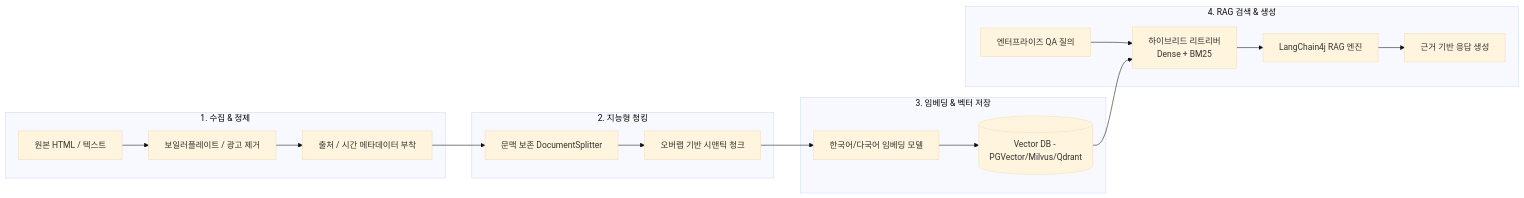
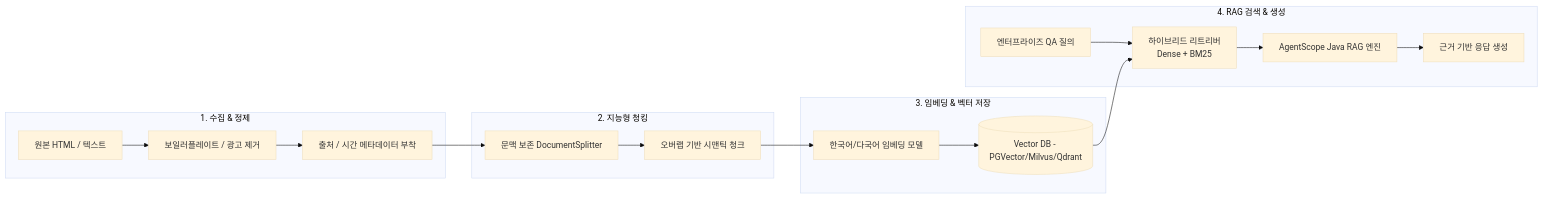
The diagram in ko/synccrawl/rag-knowledge-pipeline.md (DramaticCollaboration/doc.github.io), drawn with Mermaid (base theme) before and after one commit. The commit also changed other lines of this file and 21 other files, not shown here.

````diff
--- a/ko/synccrawl/rag-knowledge-pipeline.md
+++ b/ko/synccrawl/rag-knowledge-pipeline.md
@@ -15,24 +15,24 @@
 ```mermaid
 graph LR
     subgraph "1. 수집 & 정제"
         RAW[원본 HTML / 텍스트] --> CLEAN[보일러플레이트 / 광고 제거]
         CLEAN --> META[출처 / 시간 메타데이터 부착]
     end
 
     subgraph "2. 지능형 청킹"
         META --> SPLIT[문맥 보존 DocumentSplitter]
         SPLIT --> OVERLAP[오버랩 기반 시맨틱 청크]
     end
 
     subgraph "3. 임베딩 & 벡터 저장"
         OVERLAP --> EMB[한국어/다국어 임베딩 모델]
         EMB --> VDB[(Vector DB - PGVector/Milvus/Qdrant)]
     end
 
     subgraph "4. RAG 검색 & 생성"
         USER[엔터프라이즈 QA 질의] --> RET[하이브리드 리트리버<br/>Dense + BM25]
         VDB --> RET
-        RET --> LLM[LangChain4j RAG 엔진]
+        RET --> LLM[AgentScope Java RAG 엔진]
         LLM --> ANS[근거 기반 응답 생성]
     end
 ```
````
